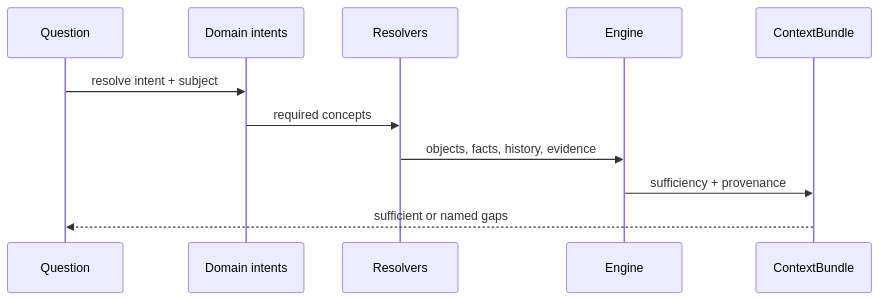
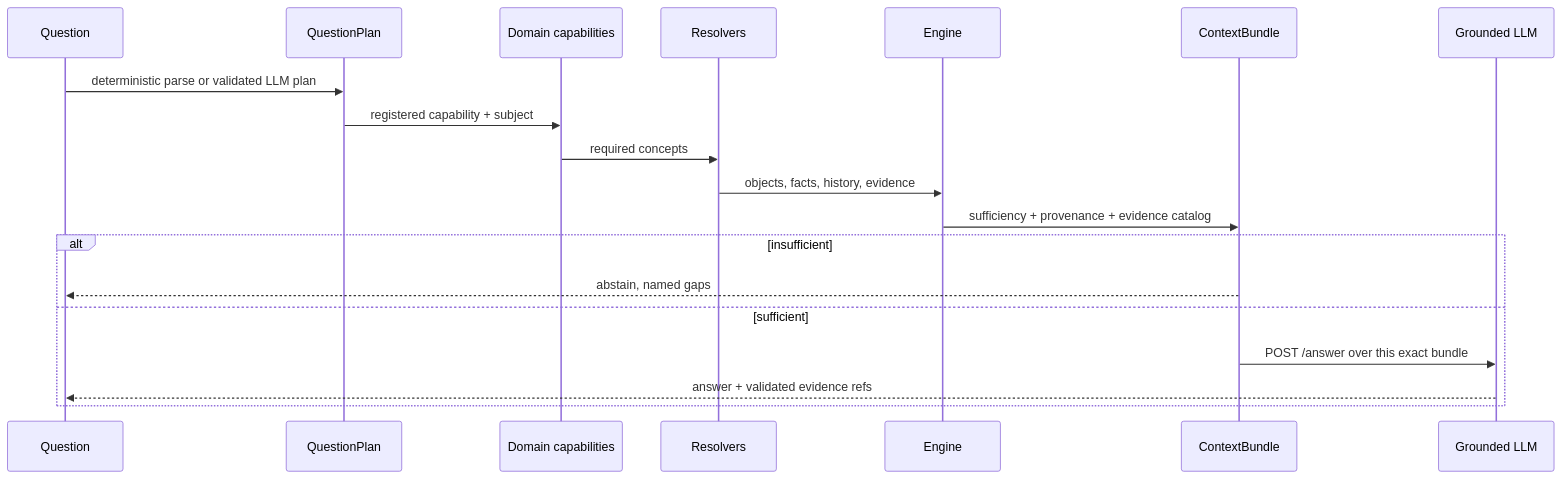
One commit to sebmvp/commerce-data-platform changed the fifth of 6 diagrams in ARCHITECTURE.md. Above: the diagram before and after it, drawn with Mermaid. The commit also changed other lines of this file and 29 other files, not shown here.

First line of the commit message:
Fail-closed grounding over one POST /answer.

````diff
--- a/ARCHITECTURE.md
+++ b/ARCHITECTURE.md
@@ -93,13 +95,21 @@
 ```mermaid
 sequenceDiagram
   participant Q as Question
-  participant D as Domain intents
+  participant P as QuestionPlan
+  participant D as Domain capabilities
   participant R as Resolvers
   participant E as Engine
   participant B as ContextBundle
-  Q->>D: resolve intent + subject
+  participant L as Grounded LLM
+  Q->>P: deterministic parse or validated LLM plan
+  P->>D: registered capability + subject
   D->>R: required concepts
   R->>E: objects, facts, history, evidence
-  E->>B: sufficiency + provenance
-  B-->>Q: sufficient or named gaps
+  E->>B: sufficiency + provenance + evidence catalog
+  alt insufficient
+    B-->>Q: abstain, named gaps
+  else sufficient
+    B->>L: POST /answer over this exact bundle
+    L-->>Q: answer + validated evidence refs
+  end
 ```
````
